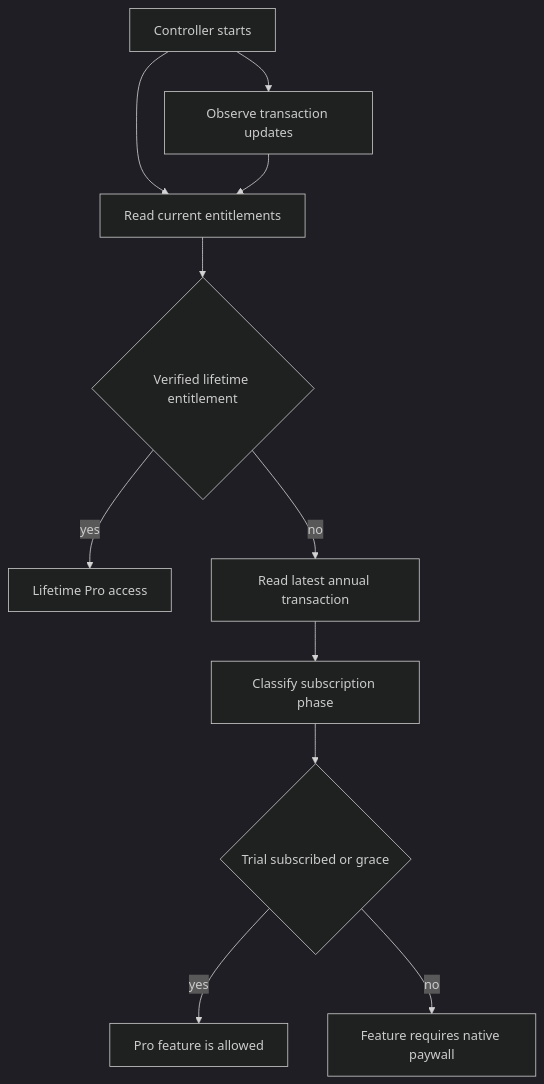
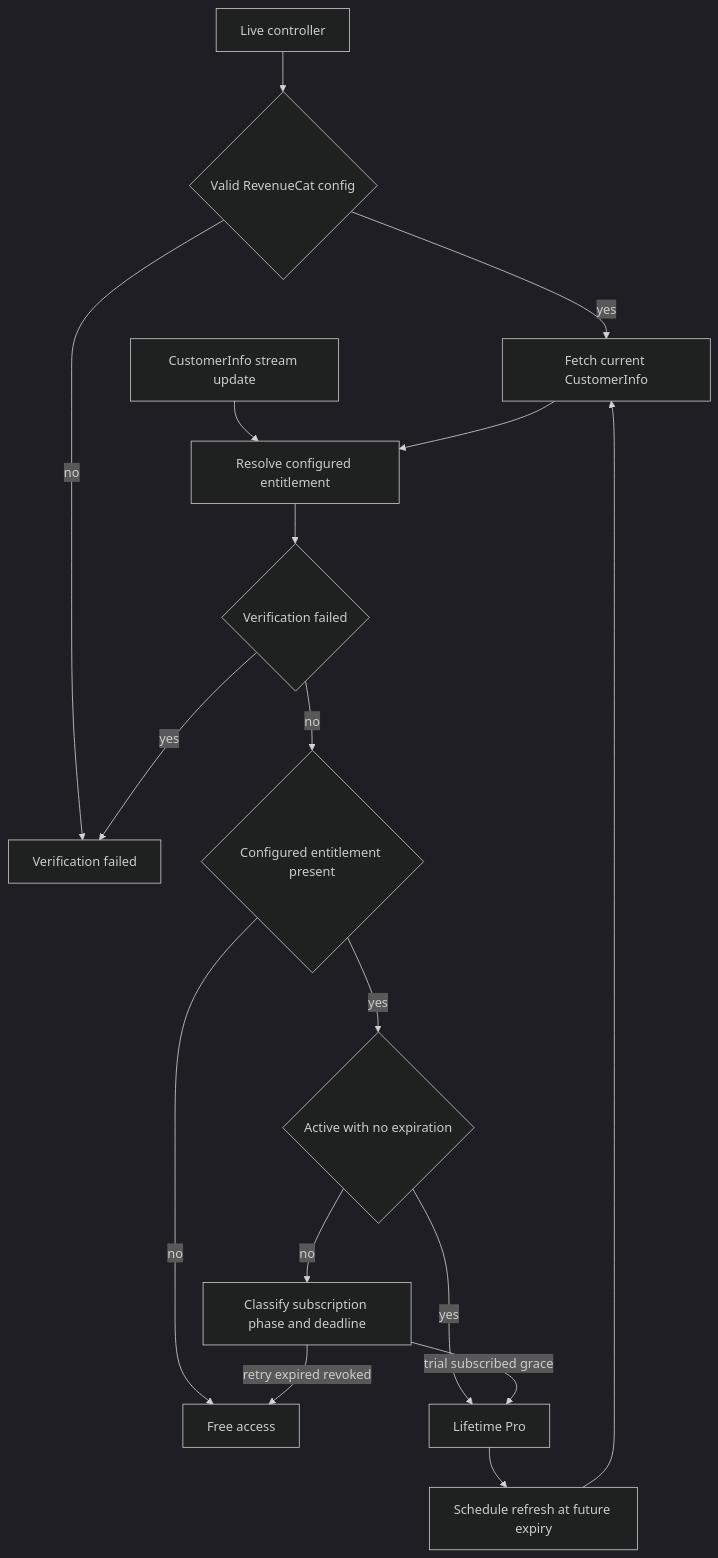
Before and after one commit to AkinoKaede/Termind: the first of 2 diagrams in openwiki/concepts/commerce-localization-and-product-surfaces.md, drawn with Mermaid (dark theme). The commit also changed other lines of this file and 56 other files, not shown here.

````diff
--- a/openwiki/concepts/commerce-localization-and-product-surfaces.md
+++ b/openwiki/concepts/commerce-localization-and-product-surfaces.md
@@ -153,13 +151,19 @@
 ```mermaid
 flowchart TD
-    Launch["Controller starts"] --> Observe["Observe transaction updates"]
-    Launch --> Refresh["Read current entitlements"]
-    Refresh --> Lifetime{"Verified lifetime entitlement"}
-    Lifetime -->|yes| LifetimeAccess["Lifetime Pro access"]
-    Lifetime -->|no| Annual["Read latest annual transaction"]
-    Annual --> Subscription["Classify subscription phase"]
-    Subscription --> Granted{"Trial subscribed or grace"}
-    Granted -->|yes| Pro["Pro feature is allowed"]
-    Granted -->|no| Free["Feature requires native paywall"]
-    Observe --> Refresh
+    Start["Live controller"] --> Config{"Valid RevenueCat config"}
+    Config -->|no| Unverified["Verification failed"]
+    Config -->|yes| Fetch["Fetch current CustomerInfo"]
+    Stream["CustomerInfo stream update"] --> Resolve["Resolve configured entitlement"]
+    Fetch --> Resolve
+    Resolve --> Verify{"Verification failed"}
+    Verify -->|yes| Unverified
+    Verify -->|no| Present{"Configured entitlement present"}
+    Present -->|no| Free["Free access"]
+    Present -->|yes| Lifetime{"Active with no expiration"}
+    Lifetime -->|yes| Pro["Lifetime Pro"]
+    Lifetime -->|no| Phase["Classify subscription phase and deadline"]
+    Phase -->|trial subscribed grace| Pro
+    Phase -->|retry expired revoked| Free
+    Pro --> Timer["Schedule refresh at future expiry"]
+    Timer --> Fetch
 ```
````
